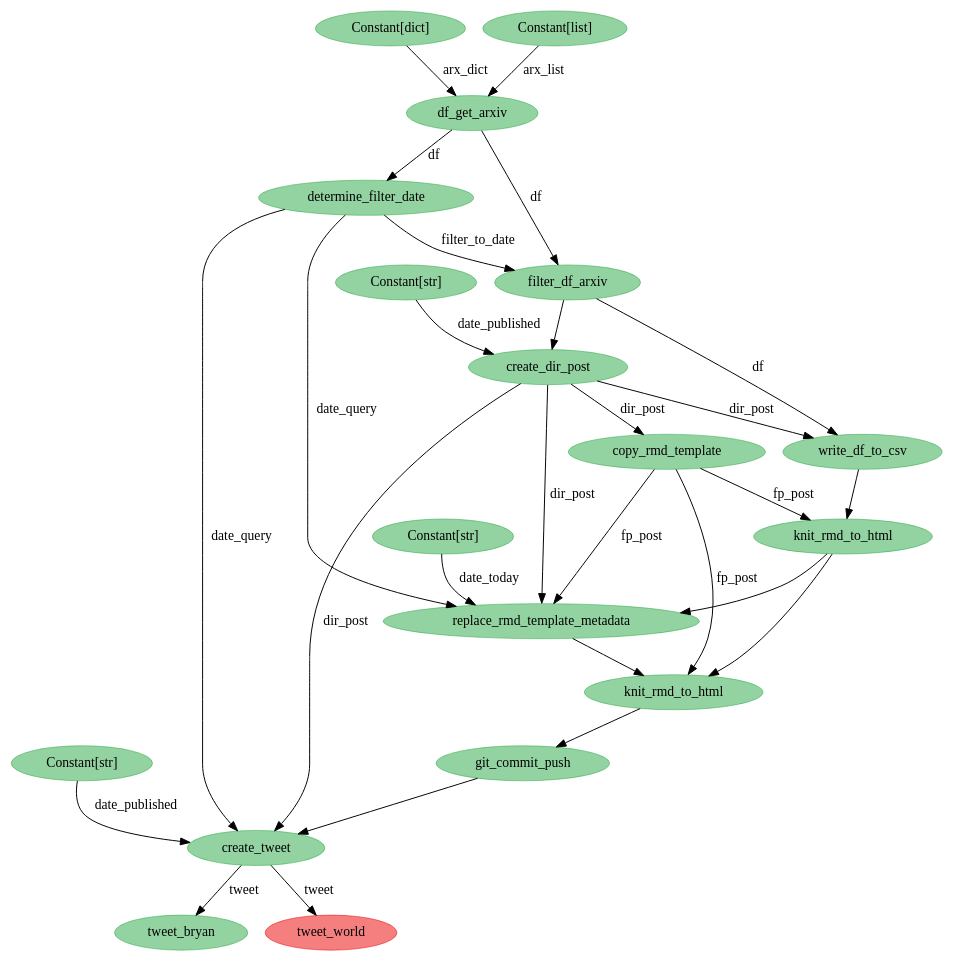
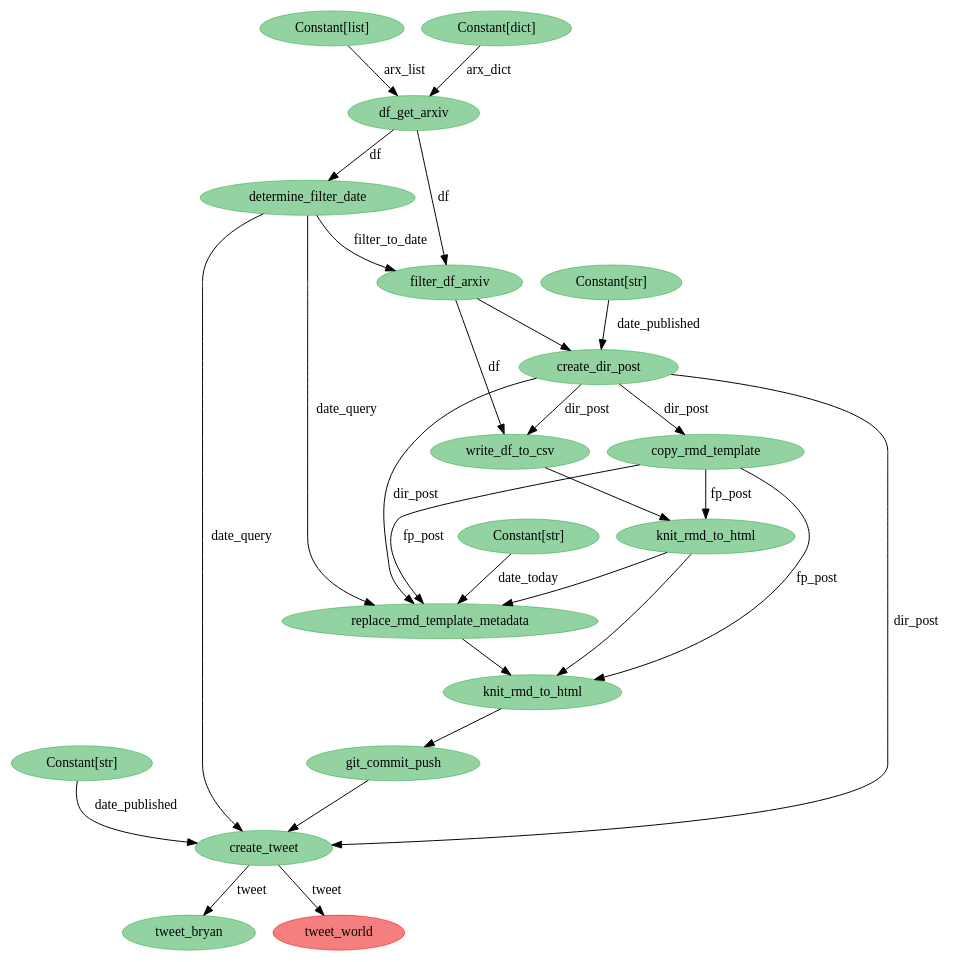
One commit to bryanwhiting/ds-arxiv changed the diagram in python/state-viz.dot. Above: the diagram before and after it, drawn with Graphviz. The commit also changed 4 other files, not shown here.

```diff
--- a/python/state-viz.dot
+++ b/python/state-viz.dot
@@ -1,47 +1,47 @@
 digraph {
-	4527905296 [label=create_tweet color="#28a74580" colorscheme=svg shape=ellipse style=filled]
-	4527905744 [label=tweet_bryan color="#28a74580" colorscheme=svg shape=ellipse style=filled]
-	4527905360 [label="Constant[str]" color="#28a74580" colorscheme=svg shape=ellipse style=filled]
-	4527904720 [label=knit_rmd_to_html color="#28a74580" colorscheme=svg shape=ellipse style=filled]
-	4527865104 [label=df_get_arxiv color="#28a74580" colorscheme=svg shape=ellipse style=filled]
-	4527864912 [label="Constant[dict]" color="#28a74580" colorscheme=svg shape=ellipse style=filled]
-	4527902800 [label=filter_df_arxiv color="#28a74580" colorscheme=svg shape=ellipse style=filled]
-	4527865552 [label=determine_filter_date color="#28a74580" colorscheme=svg shape=ellipse style=filled]
-	4527864784 [label="Constant[list]" color="#28a74580" colorscheme=svg shape=ellipse style=filled]
-	4527902928 [label=create_dir_post color="#28a74580" colorscheme=svg shape=ellipse style=filled]
-	4527903504 [label="Constant[str]" color="#28a74580" colorscheme=svg shape=ellipse style=filled]
-	4527903056 [label=write_df_to_csv color="#28a74580" colorscheme=svg shape=ellipse style=filled]
-	4527903632 [label=copy_rmd_template color="#28a74580" colorscheme=svg shape=ellipse style=filled]
-	4527903824 [label=knit_rmd_to_html color="#28a74580" colorscheme=svg shape=ellipse style=filled]
-	4527905040 [label=git_commit_push color="#28a74580" colorscheme=svg shape=ellipse style=filled]
-	4527904080 [label=replace_rmd_template_metadata color="#28a74580" colorscheme=svg shape=ellipse style=filled]
-	4527905936 [label=tweet_world color="#eb000080" colorscheme=svg shape=ellipse style=filled]
-	4527904144 [label="Constant[str]" color="#28a74580" colorscheme=svg shape=ellipse style=filled]
-	4527902928 -> 4527903056 [label=dir_post]
-	4527902928 -> 4527904080 [label=dir_post]
-	4527905296 -> 4527905936 [label=tweet]
-	4527865552 -> 4527902800 [label=filter_to_date]
-	4527903632 -> 4527903824 [label=fp_post]
-	4527903632 -> 4527904080 [label=fp_post]
-	4527865552 -> 4527904080 [label=date_query]
-	4527903632 -> 4527904720 [label=fp_post]
-	4527864784 -> 4527865104 [label=arx_list]
-	4527864912 -> 4527865104 [label=arx_dict]
-	4527904720 -> 4527905040
-	4527865104 -> 4527902800 [label=df]
-	4527865104 -> 4527865552 [label=df]
-	4527904144 -> 4527904080 [label=date_today]
-	4527903504 -> 4527902928 [label=date_published]
-	4527905360 -> 4527905296 [label=date_published]
-	4527902928 -> 4527903632 [label=dir_post]
-	4527902928 -> 4527905296 [label=dir_post]
-	4527905296 -> 4527905744 [label=tweet]
-	4527865552 -> 4527905296 [label=date_query]
-	4527902800 -> 4527902928
-	4527903056 -> 4527903824
-	4527903824 -> 4527904080
-	4527903824 -> 4527904720
-	4527904080 -> 4527904720
-	4527905040 -> 4527905296
-	4527902800 -> 4527903056 [label=df]
+	4619692368 [label="Constant[str]" color="#28a74580" colorscheme=svg shape=ellipse style=filled]
+	4619692048 [label=git_commit_push color="#28a74580" colorscheme=svg shape=ellipse style=filled]
+	4619691728 [label=knit_rmd_to_html color="#28a74580" colorscheme=svg shape=ellipse style=filled]
+	4619692752 [label=tweet_bryan color="#28a74580" colorscheme=svg shape=ellipse style=filled]
+	4619692944 [label=tweet_world color="#eb000080" colorscheme=svg shape=ellipse style=filled]
+	4619692304 [label=create_tweet color="#28a74580" colorscheme=svg shape=ellipse style=filled]
+	4619652112 [label=df_get_arxiv color="#28a74580" colorscheme=svg shape=ellipse style=filled]
+	4619652880 [label=filter_df_arxiv color="#28a74580" colorscheme=svg shape=ellipse style=filled]
+	4605554512 [label="Constant[list]" color="#28a74580" colorscheme=svg shape=ellipse style=filled]
+	4619652688 [label=determine_filter_date color="#28a74580" colorscheme=svg shape=ellipse style=filled]
+	4619651792 [label="Constant[dict]" color="#28a74580" colorscheme=svg shape=ellipse style=filled]
+	4619653008 [label=create_dir_post color="#28a74580" colorscheme=svg shape=ellipse style=filled]
+	4619690512 [label="Constant[str]" color="#28a74580" colorscheme=svg shape=ellipse style=filled]
+	4619690064 [label=write_df_to_csv color="#28a74580" colorscheme=svg shape=ellipse style=filled]
+	4619690640 [label=copy_rmd_template color="#28a74580" colorscheme=svg shape=ellipse style=filled]
+	4619690832 [label=knit_rmd_to_html color="#28a74580" colorscheme=svg shape=ellipse style=filled]
+	4619691088 [label=replace_rmd_template_metadata color="#28a74580" colorscheme=svg shape=ellipse style=filled]
+	4619691152 [label="Constant[str]" color="#28a74580" colorscheme=svg shape=ellipse style=filled]
+	4619692304 -> 4619692944 [label=tweet]
+	4619692368 -> 4619692304 [label=date_published]
+	4619690640 -> 4619690832 [label=fp_post]
+	4619690640 -> 4619691088 [label=fp_post]
+	4619690640 -> 4619691728 [label=fp_post]
+	4619652112 -> 4619652688 [label=df]
+	4619652880 -> 4619690064 [label=df]
+	4619653008 -> 4619690064 [label=dir_post]
+	4619691728 -> 4619692048
+	4619652688 -> 4619692304 [label=date_query]
+	4619651792 -> 4619652112 [label=arx_dict]
+	4619653008 -> 4619690640 [label=dir_post]
+	4619653008 -> 4619692304 [label=dir_post]
+	4619652688 -> 4619652880 [label=filter_to_date]
+	4619692304 -> 4619692752 [label=tweet]
+	4619690512 -> 4619653008 [label=date_published]
+	4605554512 -> 4619652112 [label=arx_list]
+	4619652112 -> 4619652880 [label=df]
+	4619652688 -> 4619691088 [label=date_query]
+	4619652880 -> 4619653008
+	4619690064 -> 4619690832
+	4619690832 -> 4619691088
+	4619690832 -> 4619691728
+	4619691088 -> 4619691728
+	4619692048 -> 4619692304
+	4619691152 -> 4619691088 [label=date_today]
+	4619653008 -> 4619691088 [label=dir_post]
 }
```
